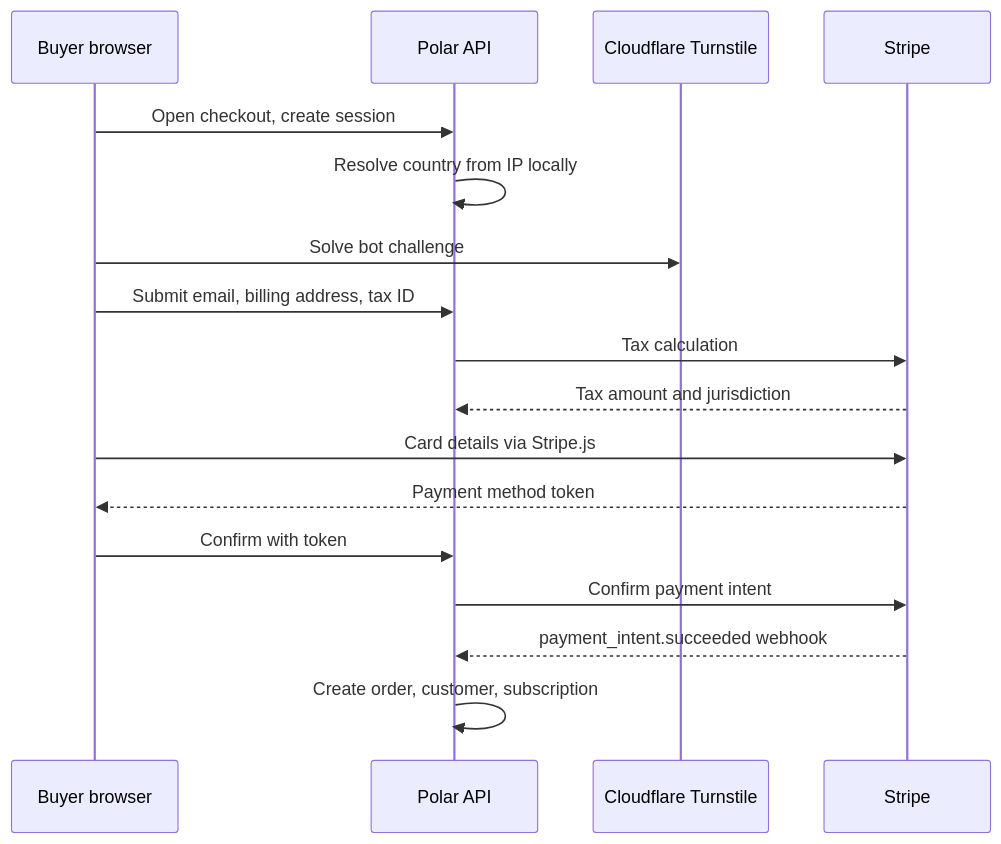
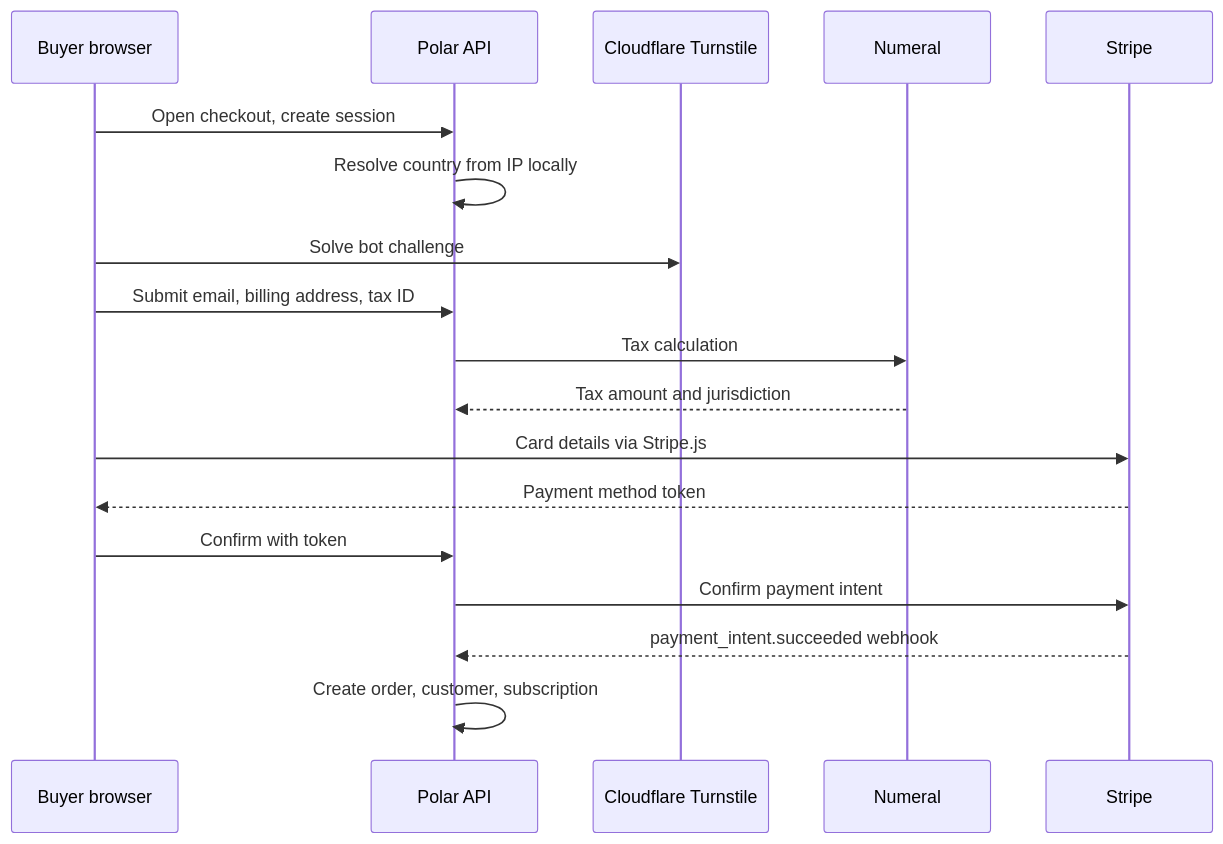
Before and after one commit to polarsource/polar: the third of 3 diagrams in handbook/engineering/data-flows.mdx, drawn with Mermaid. The commit also changed other lines of this file and 1 other file, not shown here.

Commit message:
docs: Update handbook with Numeral

````diff
--- a/handbook/engineering/data-flows.mdx
+++ b/handbook/engineering/data-flows.mdx
@@ -152,20 +155,21 @@
 ```mermaid
 sequenceDiagram
     participant B as Buyer browser
     participant P as Polar API
     participant CF as Cloudflare Turnstile
+    participant N as Numeral
     participant S as Stripe
 
     B->>P: Open checkout, create session
     P->>P: Resolve country from IP locally
     B->>CF: Solve bot challenge
     B->>P: Submit email, billing address, tax ID
-    P->>S: Tax calculation
-    S-->>P: Tax amount and jurisdiction
+    P->>N: Tax calculation
+    N-->>P: Tax amount and jurisdiction
     B->>S: Card details via Stripe.js
     S-->>B: Payment method token
     B->>P: Confirm with token
     P->>S: Confirm payment intent
     S-->>P: payment_intent.succeeded webhook
     P->>P: Create order, customer, subscription
 ```
````
